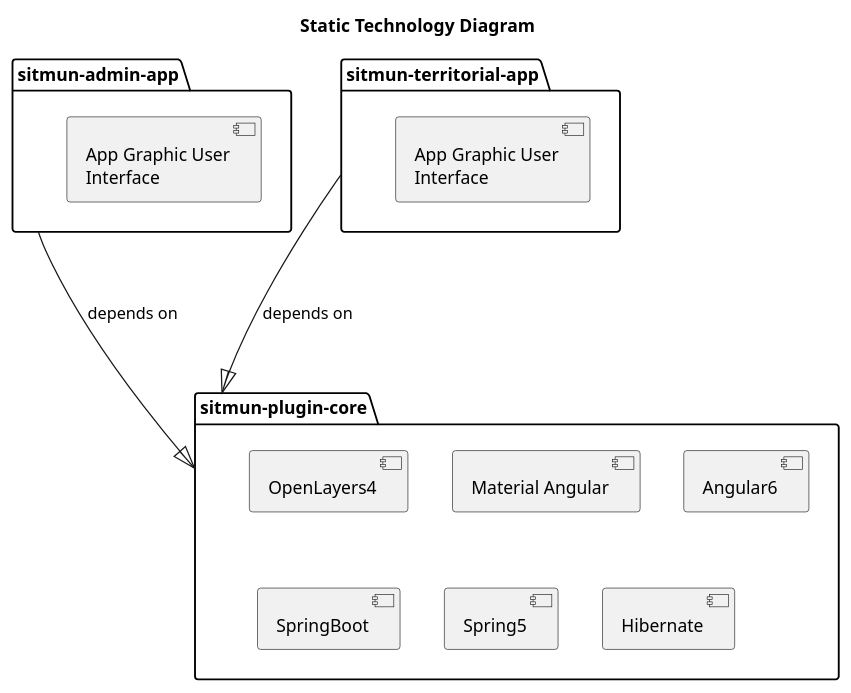
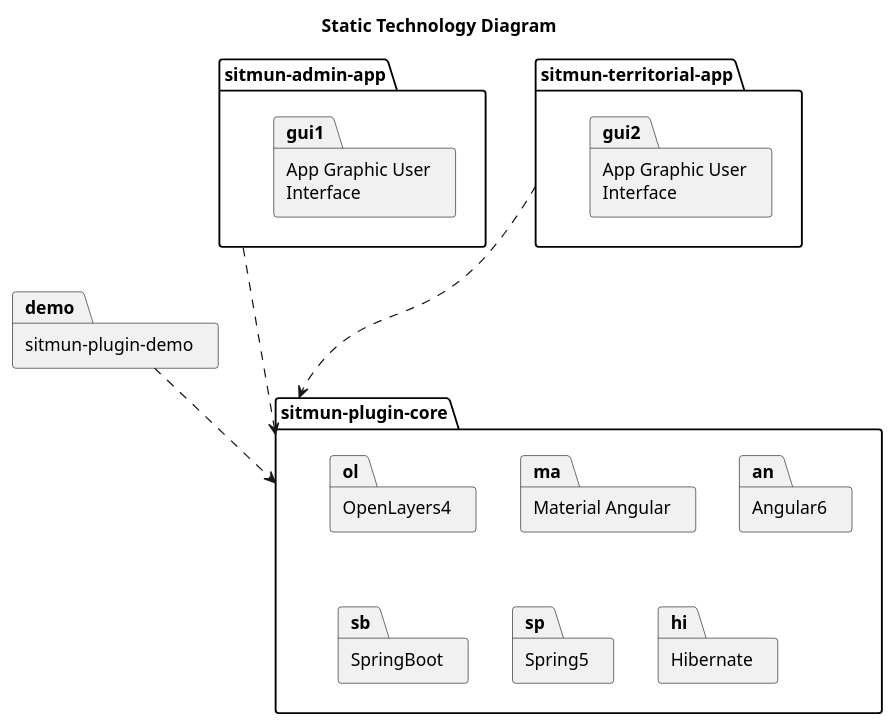
One commit to sitmun/community changed the diagram in doc/static-technologies-diagram.puml. Above: the diagram before and after it, drawn with PlantUML.

Commit message:
Redesigning to a class/package diagram

```diff
--- a/doc/static-technologies-diagram.puml
+++ b/doc/static-technologies-diagram.puml
@@ -1,29 +1,34 @@
 @startuml
 
 skinparam componentStyle uml2
 
 title Static Technology Diagram
 
 package "sitmun-admin-app" as admin {
-    component [App Graphic User\nInterface] as gui1
+    package "App Graphic User\nInterface" as gui1
 }
 
 package "sitmun-territorial-app" as territorial {
-    component [App Graphic User\nInterface] as gui2
+    package "App Graphic User\nInterface" as gui2
 }
 
 
+package "sitmun-plugin-demo" as demo {
+
+}
+
 package "sitmun-plugin-core" as core {
-    [OpenLayers4] as ol
-    [Material Angular] as ma
-    [Angular6] as an
-    [SpringBoot] as sb
-    [Spring5] as sp
-    [Hibernate] as hi
+    package "OpenLayers4" as ol
+    package "Material Angular" as ma
+    package "Angular6" as an
+    package "SpringBoot" as sb
+    package "Spring5" as sp
+    package "Hibernate" as hi
 } 
 
 
-admin -down--|> core: depends on
-territorial -down--|> core: depends on
+admin -down..> core
+territorial -down..> core
+demo ..> core
 
 @enduml
```
